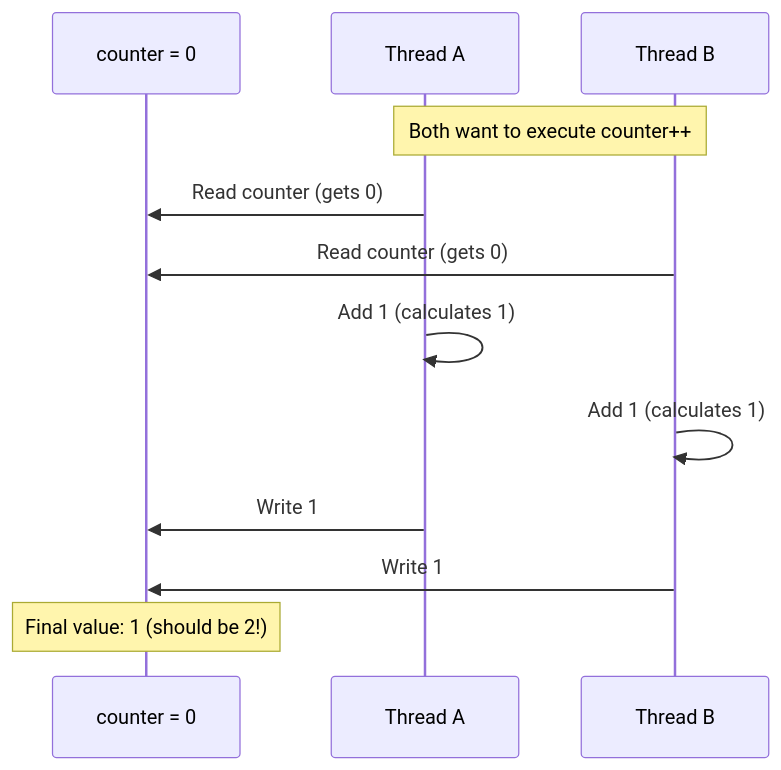
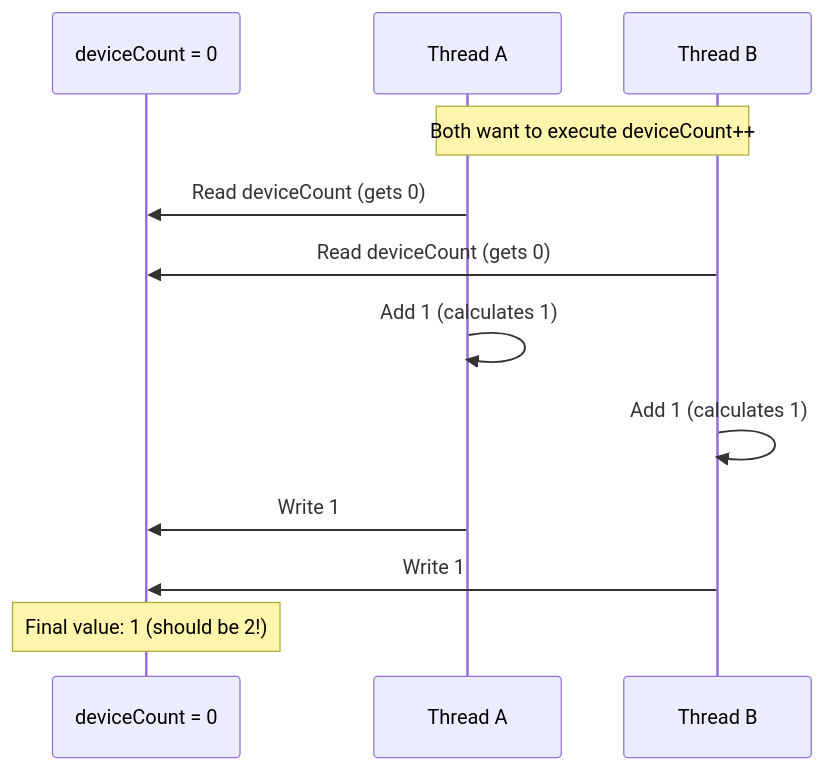
One commit to TuringProblem/cs3100-public-resources changed the second of 3 diagrams in lecture-notes/l31-concurrency1.md. Above: the diagram before and after it, drawn with Mermaid. The commit also changed other lines of this file and 2 other files, not shown here.

````diff
--- a/lecture-notes/l31-concurrency1.md
+++ b/lecture-notes/l31-concurrency1.md
@@ -238,15 +239,15 @@
 ```mermaid
 sequenceDiagram
-    participant Counter as counter = 0
+    participant Counter as deviceCount = 0
     participant A as Thread A
     participant B as Thread B
-    
-    Note over A,B: Both want to execute counter++
-    A->>Counter: Read counter (gets 0)
-    B->>Counter: Read counter (gets 0)
+
+    Note over A,B: Both want to execute deviceCount++
+    A->>Counter: Read deviceCount (gets 0)
+    B->>Counter: Read deviceCount (gets 0)
     A->>A: Add 1 (calculates 1)
     B->>B: Add 1 (calculates 1)
     A->>Counter: Write 1
     B->>Counter: Write 1
     Note over Counter: Final value: 1 (should be 2!)
 ```
````
